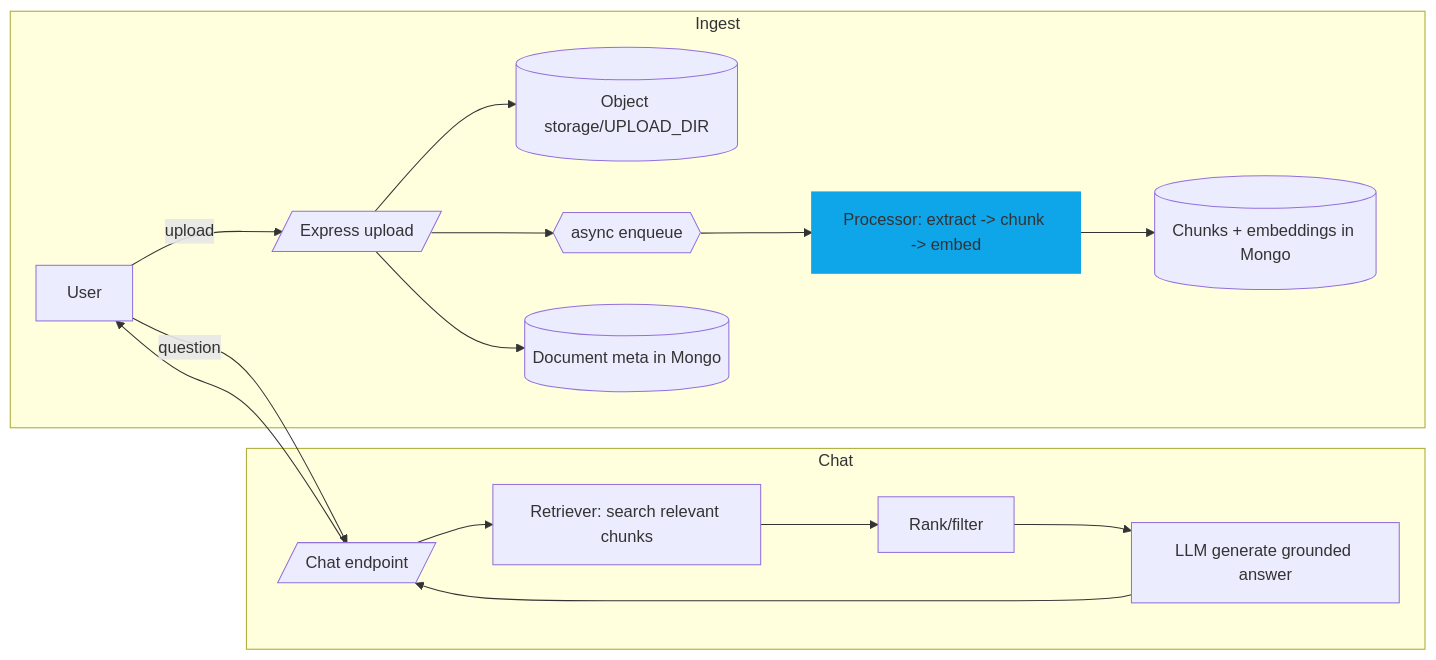
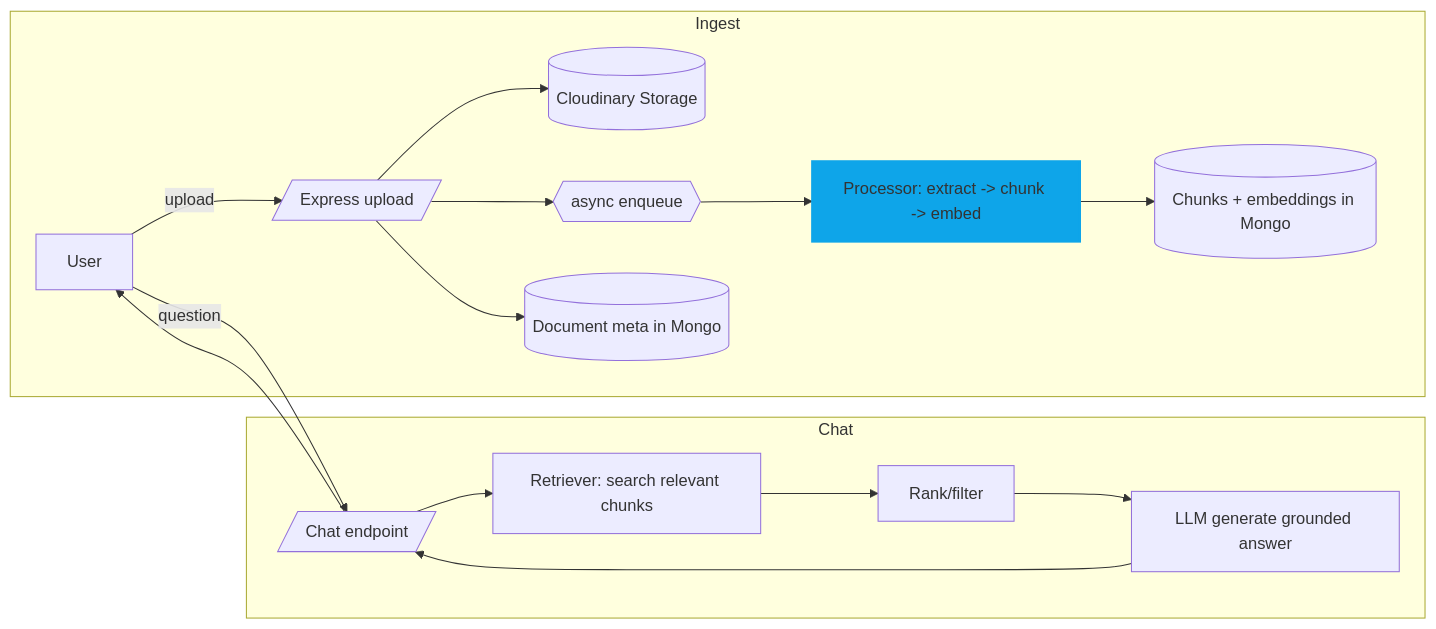
Before and after one commit to Manishkrt/RAG_project: the diagram in README.md, drawn with Mermaid. The commit also changed other lines of this file and 8 other files, not shown here.

````diff
--- a/README.md
+++ b/README.md
@@ -34,20 +34,20 @@
 ```mermaid
 flowchart LR
   subgraph Ingest
     U[User] -->|upload| API[/Express upload/]
-    API --> FS[(Object storage/UPLOAD_DIR)]
+    API --> FS[(Cloudinary Storage)]
     API --> Q{{async enqueue}}
     Q --> PROC[Processor: extract -> chunk -> embed]
     PROC --> IDX[(Chunks + embeddings in Mongo)]
     API --> DOCS[(Document meta in Mongo)]
   end
   subgraph Chat
     U -->|question| CHAT[/Chat endpoint/]
     CHAT --> RETRIEVE[Retriever: search relevant chunks]
     RETRIEVE --> RANK[Rank/filter]
     RANK --> GEN[LLM generate grounded answer]
     GEN --> CHAT
     CHAT --> U
   end
   style PROC fill:#0ea5e9,stroke:#0ea5e9,stroke-width:2px
 ```
````
